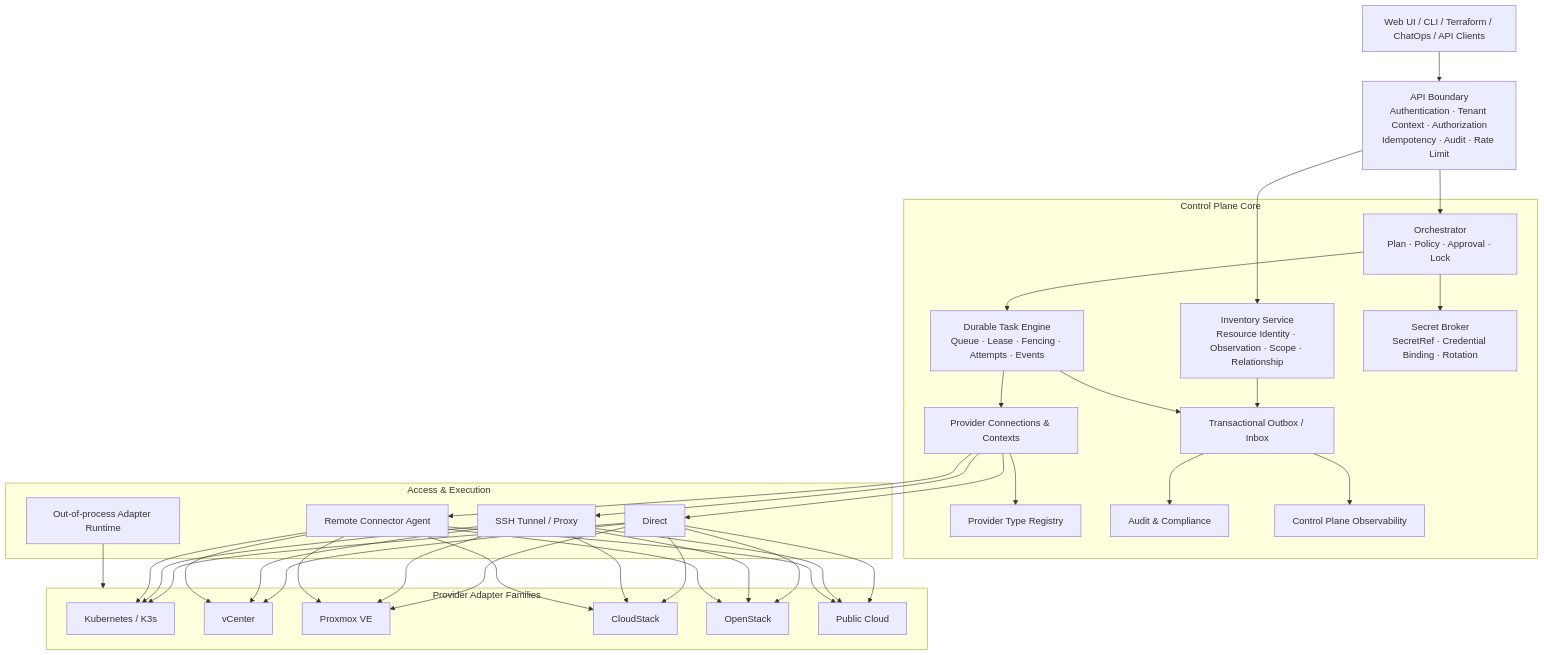
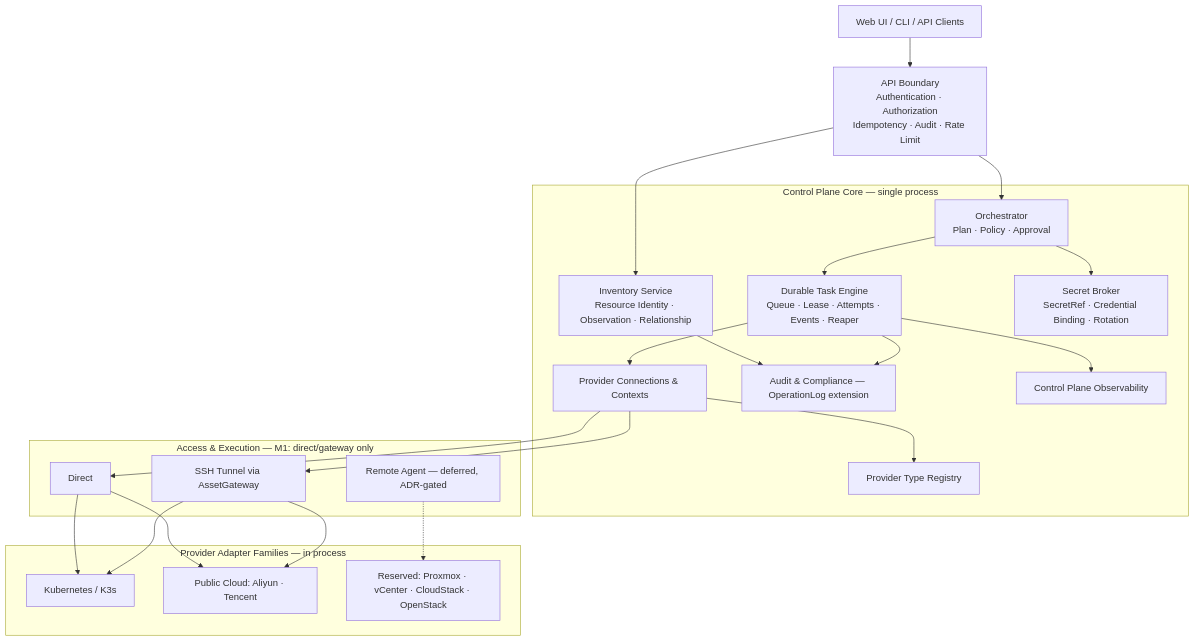
Before and after one commit to acc0mplish/ops-admin: the first of 2 diagrams in docs/architecture/multi-infrastructure-control-plane-v2.md, drawn with Mermaid. The commit also changed other lines of this file, not shown here.

Commit message:
docs(architecture): v2 r2 — adversarial review 반영 (CRITICAL 4·HIGH 17)

````diff
--- a/docs/architecture/multi-infrastructure-control-plane-v2.md
+++ b/docs/architecture/multi-infrastructure-control-plane-v2.md
@@ -240,48 +538,42 @@
 ```mermaid
 flowchart TB
-    CLIENT[Web UI / CLI / Terraform / ChatOps / API Clients]
-    API[API Boundary\nAuthentication · Tenant Context · Authorization\nIdempotency · Audit · Rate Limit]
+    CLIENT[Web UI / CLI / API Clients]
+    API[API Boundary\nAuthentication · Authorization\nIdempotency · Audit · Rate Limit]
 
-    subgraph CORE[Control Plane Core]
+    subgraph CORE[Control Plane Core — single process]
       PT[Provider Type Registry]
       PC[Provider Connections & Contexts]
-      INV[Inventory Service\nResource Identity · Observation · Scope · Relationship]
-      ORCH[Orchestrator\nPlan · Policy · Approval · Lock]
-      TASK[Durable Task Engine\nQueue · Lease · Fencing · Attempts · Events]
+      INV[Inventory Service\nResource Identity · Observation · Relationship]
+      ORCH[Orchestrator\nPlan · Policy · Approval]
+      TASK[Durable Task Engine\nQueue · Lease · Attempts · Events · Reaper]
       SEC[Secret Broker\nSecretRef · Credential Binding · Rotation]
-      AUD[Audit & Compliance]
+      AUD[Audit & Compliance — OperationLog extension]
       OBS[Control Plane Observability]
-      OUTBOX[Transactional Outbox / Inbox]
     end
 
-    subgraph TRANSPORT[Access & Execution]
+    subgraph TRANSPORT[Access & Execution — M1: direct/gateway only]
       DIRECT[Direct]
-      TUNNEL[SSH Tunnel / Proxy]
-      AGENT[Remote Connector Agent]
-      EXT[Out-of-process Adapter Runtime]
+      TUNNEL[SSH Tunnel via AssetGateway]
+      AGENT[Remote Agent — deferred, ADR-gated]
     end
 
-    subgraph ADAPTERS[Provider Adapter Families]
+    subgraph ADAPTERS[Provider Adapter Families — in process]
       K8S[Kubernetes / K3s]
-      VC[vCenter]
-      PVE[Proxmox VE]
-      CS[CloudStack]
-      OS[OpenStack]
-      PUB[Public Cloud]
+      PUB[Public Cloud: Aliyun · Tencent]
+      RES[Reserved: Proxmox · vCenter · CloudStack · OpenStack]
     end
 
     CLIENT --> API
     API --> INV
     API --> ORCH
     ORCH --> TASK
     ORCH --> SEC
     TASK --> PC
     PC --> PT
-    PC --> DIRECT & TUNNEL & AGENT
-    DIRECT & TUNNEL & AGENT --> K8S & VC & PVE & CS & OS & PUB
-    EXT --> ADAPTERS
-    INV --> OUTBOX
-    TASK --> OUTBOX
-    OUTBOX --> AUD
-    OUTBOX --> OBS
+    PC --> DIRECT & TUNNEL
+    DIRECT & TUNNEL --> K8S & PUB
+    AGENT -.-> RES
+    INV --> AUD
+    TASK --> AUD
+    TASK --> OBS
 ```
````
